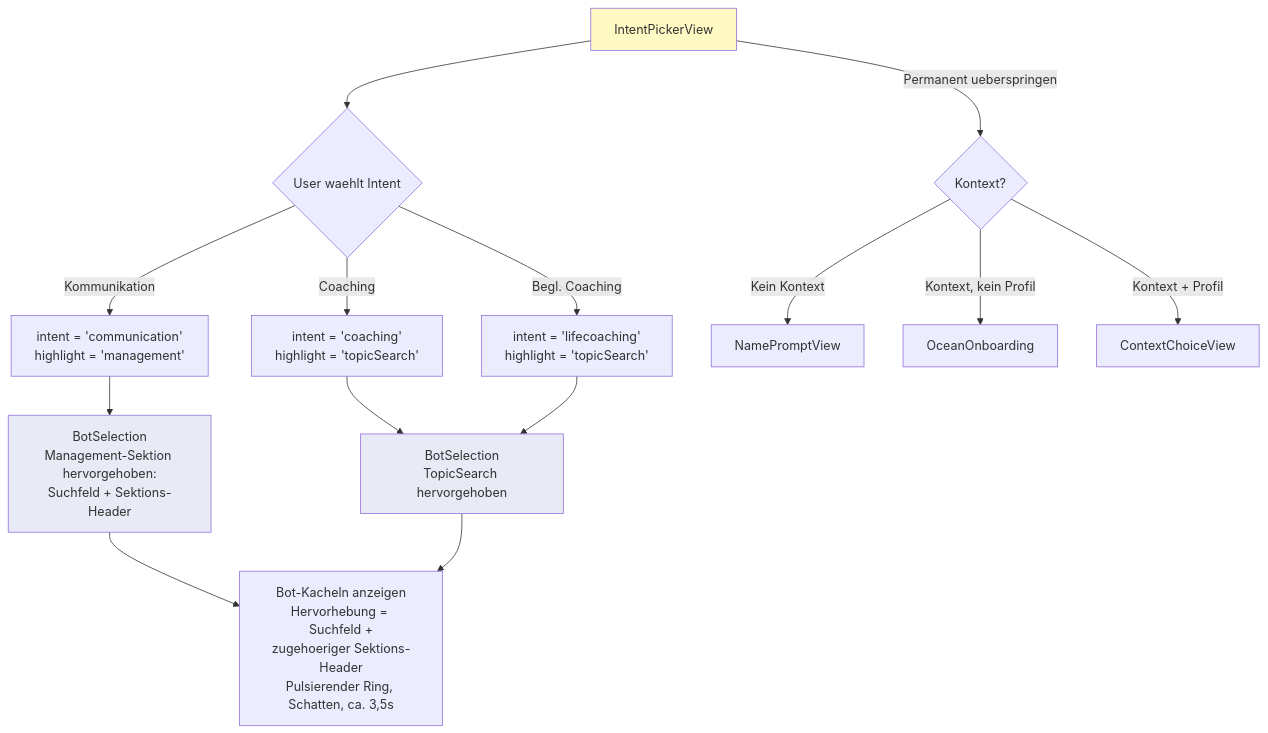
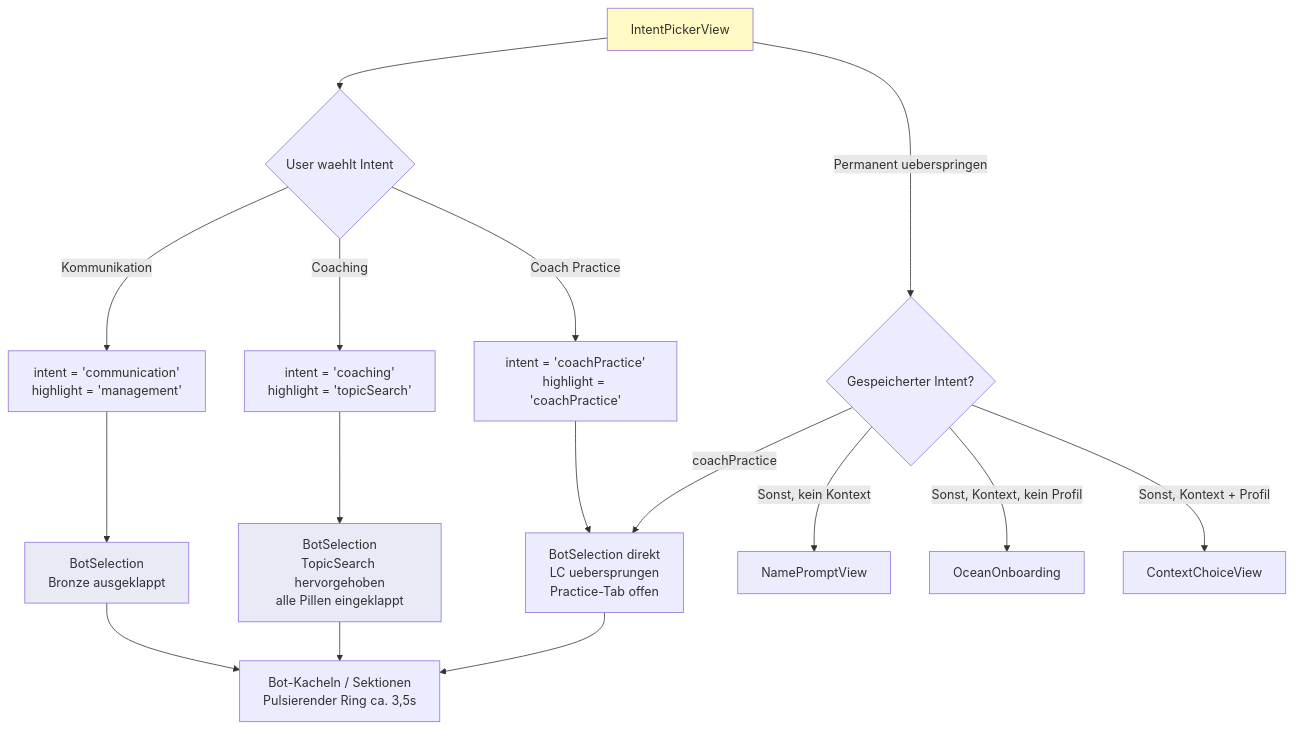
Before and after one commit to herold74/Meaningful-Conversations: the ninth of 11 diagrams in DOCUMENTATION/UX-FLOWS.md, drawn with Mermaid. The commit also changed other lines of this file and 34 other files, not shown here.

First line of the commit message:
Intent-driven entry UX, flow fixes, and menu Life Context access.

````diff
--- a/DOCUMENTATION/UX-FLOWS.md
+++ b/DOCUMENTATION/UX-FLOWS.md
@@ -387,24 +387,26 @@
 ```mermaid
 flowchart TD
     INTENT[IntentPickerView] --> SELECT{User waehlt Intent}
 
     SELECT -->|Kommunikation| COMM[intent = 'communication'<br/>highlight = 'management']
     SELECT -->|Coaching| COACH[intent = 'coaching'<br/>highlight = 'topicSearch']
-    SELECT -->|Begl. Coaching| LIFE[intent = 'lifecoaching'<br/>highlight = 'topicSearch']
+    SELECT -->|Coach Practice| PRACT[intent = 'coachPractice'<br/>highlight = 'coachPractice']
 
-    COMM --> BS_MGMT[BotSelection<br/>Management-Sektion hervorgehoben:<br/>Suchfeld + Sektions-Header]
-    COACH --> BS_TOPIC[BotSelection<br/>TopicSearch hervorgehoben]
-    LIFE --> BS_TOPIC
+    COMM --> BS_MGMT[BotSelection<br/>Bronze ausgeklappt]
+    COACH --> BS_TOPIC[BotSelection<br/>TopicSearch hervorgehoben<br/>alle Pillen eingeklappt]
+    PRACT --> BS_PRACT[BotSelection direkt<br/>LC uebersprungen<br/>Practice-Tab offen]
 
-    BS_MGMT --> BOT_TILES[Bot-Kacheln anzeigen<br/>Hervorhebung = Suchfeld +<br/>zugehoeriger Sektions-Header<br/>Pulsierender Ring, Schatten, ca. 3,5s]
+    BS_MGMT --> BOT_TILES[Bot-Kacheln / Sektionen<br/>Pulsierender Ring ca. 3,5s]
     BS_TOPIC --> BOT_TILES
+    BS_PRACT --> BOT_TILES
 
-    INTENT -->|Permanent ueberspringen| SKIP{Kontext?}
-    SKIP -->|Kein Kontext| NAME[NamePromptView]
-    SKIP -->|Kontext, kein Profil| OCEAN[OceanOnboarding]
-    SKIP -->|Kontext + Profil| CC[ContextChoiceView]
+    INTENT -->|Permanent ueberspringen| SKIP{Gespeicherter Intent?}
+    SKIP -->|coachPractice| BS_PRACT
+    SKIP -->|Sonst, kein Kontext| NAME[NamePromptView]
+    SKIP -->|Sonst, Kontext, kein Profil| OCEAN[OceanOnboarding]
+    SKIP -->|Sonst, Kontext + Profil| CC[ContextChoiceView]
 
     style INTENT fill:#fff9c4
     style BS_MGMT fill:#e8eaf6
     style BS_TOPIC fill:#e8eaf6
 ```
````
